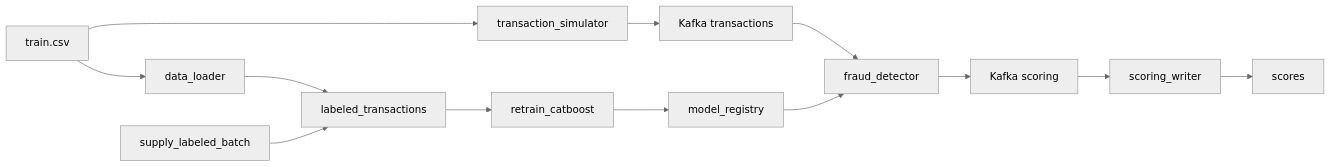
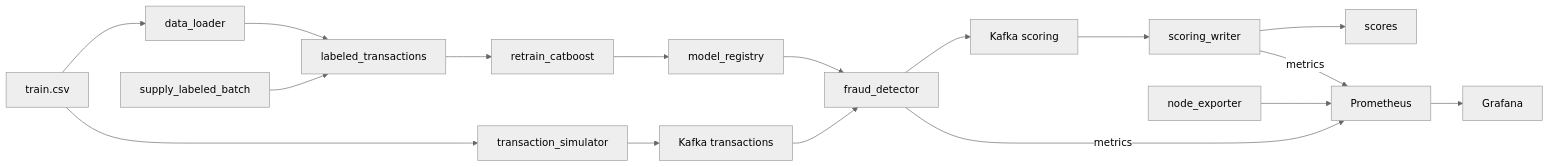
One commit to NikitaMalykhin/mlops_realtime_fraud_detector_monitoring changed the diagram in README.md. Above: the diagram before and after it, drawn with Mermaid (neutral theme). The commit also changed other lines of this file and 11 other files, not shown here.

Commit message:
Add Prometheus and Grafana monitoring for live scoring.

````diff
--- a/README.md
+++ b/README.md
@@ -11,15 +11,19 @@
 ```mermaid
 flowchart LR
   csv[train.csv] --> loader[data_loader]
   csv --> simulator[transaction_simulator]
   loader --> showcase[labeled_transactions]
   etlDag[supply_labeled_batch] --> showcase
   showcase --> retrainDag[retrain_catboost]
   retrainDag --> models[model_registry]
   simulator --> transactions[Kafka transactions]
   transactions --> scorer[fraud_detector]
   models --> scorer
   scorer --> scoring[Kafka scoring]
   scoring --> writer[scoring_writer]
   writer --> scores[scores]
+  scorer -->|metrics| prometheus[Prometheus]
+  writer -->|metrics| prometheus
+  nodeExporter[node_exporter] --> prometheus
+  prometheus --> grafana[Grafana]
 ```
````
